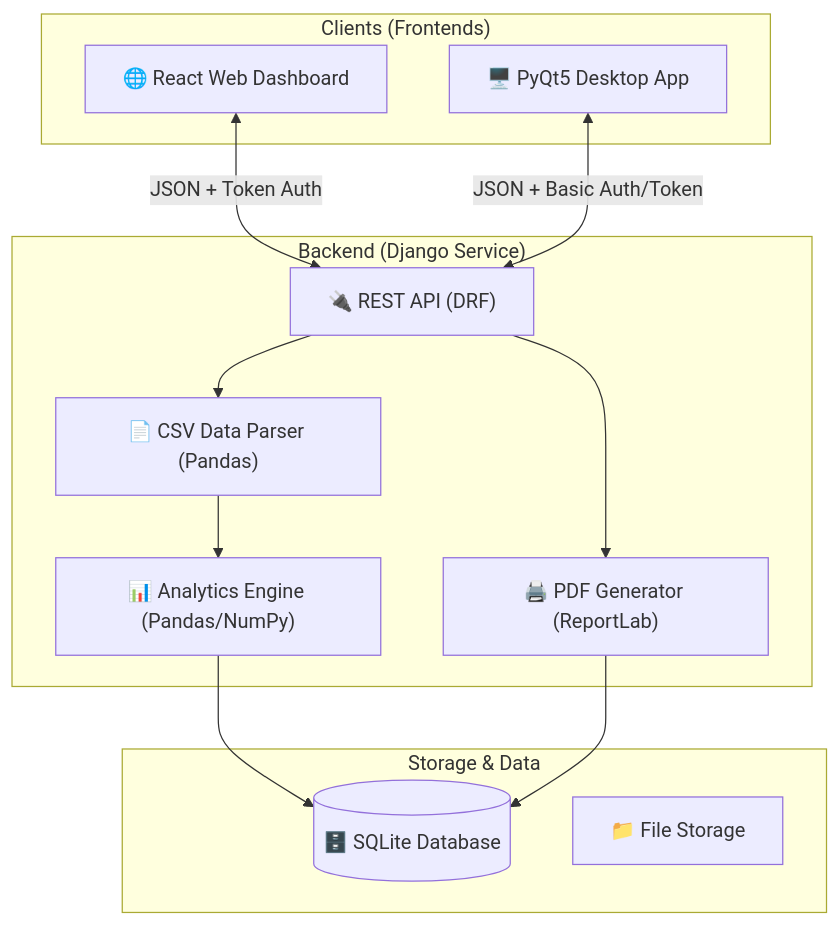
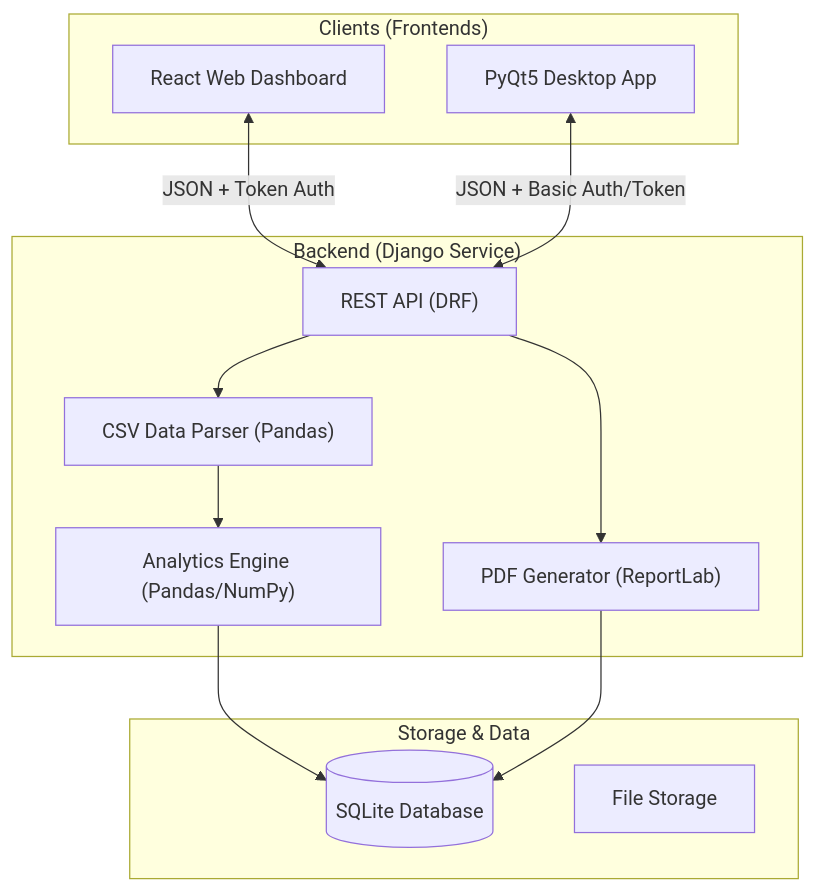
Before and after one commit to aerinpatel/Fossee-Web-Based-Application: the diagram in README.md, drawn with Mermaid. The commit also changed other lines of this file, not shown here.

````diff
--- a/README.md
+++ b/README.md
@@ -20,30 +20,30 @@
 ```mermaid
 graph TD
     subgraph "Clients (Frontends)"
-        Web["🌐 React Web Dashboard"]
-        Desktop["🖥️ PyQt5 Desktop App"]
+        Web["React Web Dashboard"]
+        Desktop["PyQt5 Desktop App"]
     end
 
     subgraph "Backend (Django Service)"
-        API["🔌 REST API (DRF)"]
-        Parser["📄 CSV Data Parser (Pandas)"]
-        Analytics["📊 Analytics Engine (Pandas/NumPy)"]
-        Reporter["🖨️ PDF Generator (ReportLab)"]
+        API["REST API (DRF)"]
+        Parser["CSV Data Parser (Pandas)"]
+        Analytics["Analytics Engine (Pandas/NumPy)"]
+        Reporter["PDF Generator (ReportLab)"]
     end
 
     subgraph "Storage & Data"
-        DB[("🗄️ SQLite Database")]
-        FS["📁 File Storage"]
+        DB[("SQLite Database")]
+        FS["File Storage"]
     end
 
     %% Flow
     Web <-->|JSON + Token Auth| API
     Desktop <-->|JSON + Basic Auth/Token| API
     
     API --> Parser
     Parser --> Analytics
     Analytics --> DB
     
     API --> Reporter
     Reporter --> DB
 ```
````
